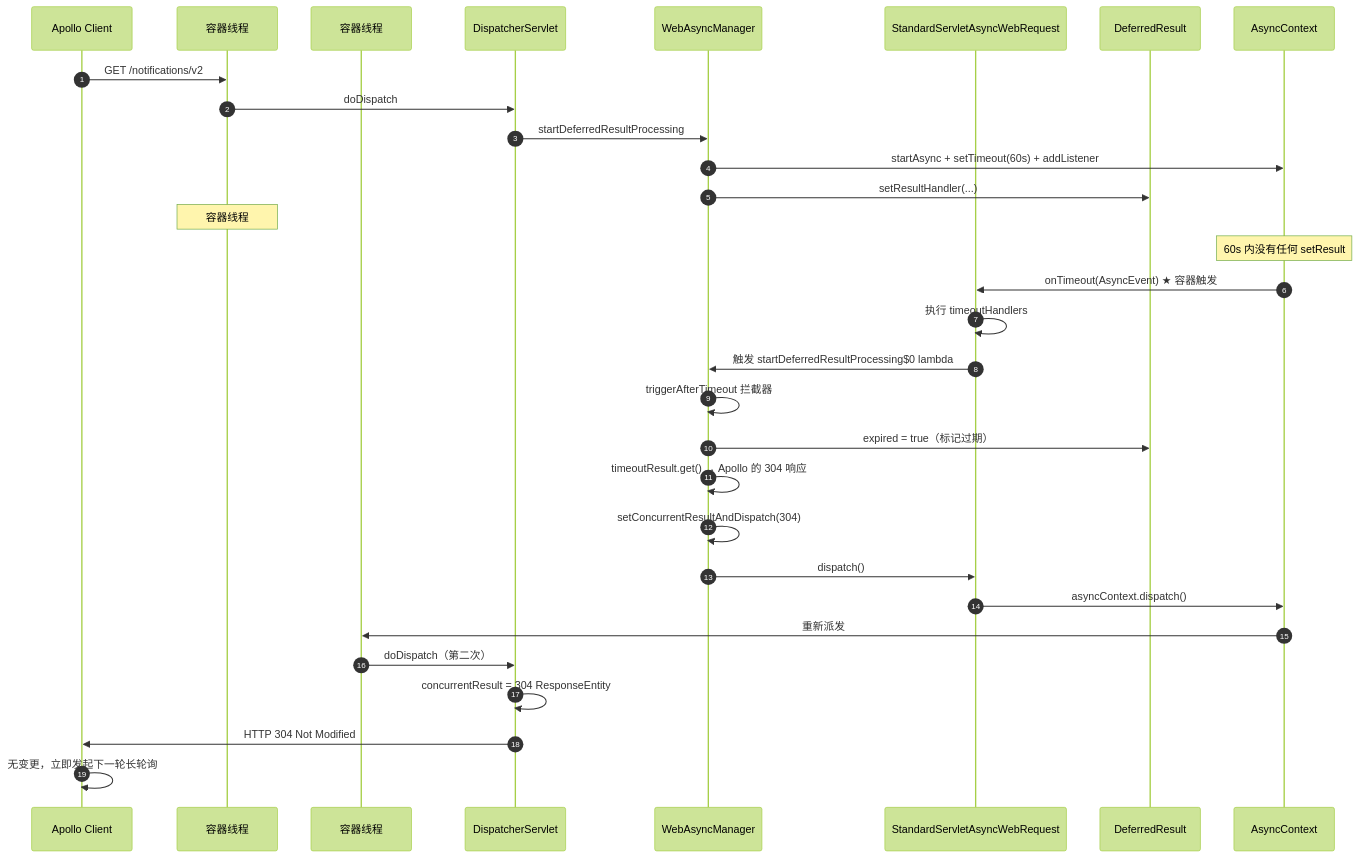
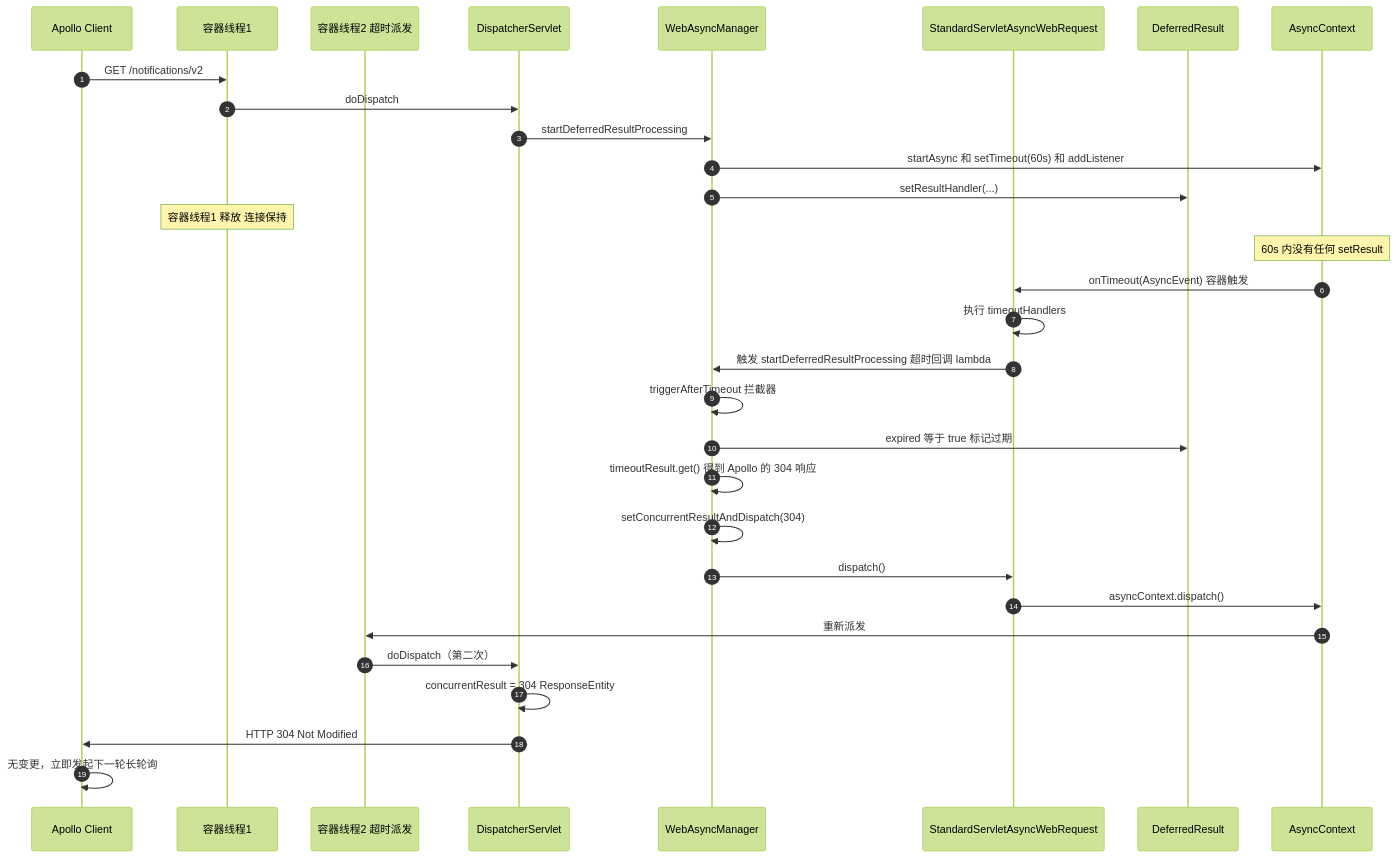
One commit to wenbin-usr/apollo changed the seventh of 11 diagrams in DeferredResult实现原理深度分析.md. Above: the diagram before and after it, drawn with Mermaid (forest theme). The commit also changed other lines of this file, not shown here.

````diff
--- a/DeferredResult实现原理深度分析.md
+++ b/DeferredResult实现原理深度分析.md
@@ -821,36 +821,36 @@
 ```mermaid
 sequenceDiagram
     autonumber
     participant Client as Apollo Client
-    participant T1 as 容器线程 #1
-    participant T2 as 容器线程 #2(超时派发)
+    participant T1 as 容器线程1
+    participant T2 as 容器线程2 超时派发
     participant DS as DispatcherServlet
     participant WAM as WebAsyncManager
     participant ASWR as StandardServletAsyncWebRequest
     participant DR as DeferredResult
     participant Ctx as AsyncContext
 
     Client->>T1: GET /notifications/v2
     T1->>DS: doDispatch
     DS->>WAM: startDeferredResultProcessing
-    WAM->>Ctx: startAsync + setTimeout(60s) + addListener
+    WAM->>Ctx: startAsync 和 setTimeout(60s) 和 addListener
     WAM->>DR: setResultHandler(...)
-    Note over T1: 容器线程 #1 释放，连接保持
+    Note over T1: 容器线程1 释放 连接保持
 
     Note over Ctx: 60s 内没有任何 setResult
-    Ctx->>ASWR: onTimeout(AsyncEvent) ★ 容器触发
+    Ctx->>ASWR: onTimeout(AsyncEvent) 容器触发
     ASWR->>ASWR: 执行 timeoutHandlers
-    ASWR->>WAM: 触发 startDeferredResultProcessing$0 lambda
+    ASWR->>WAM: 触发 startDeferredResultProcessing 超时回调 lambda
     WAM->>WAM: triggerAfterTimeout 拦截器
-    WAM->>DR: expired = true（标记过期）
-    WAM->>WAM: timeoutResult.get() → Apollo 的 304 响应
+    WAM->>DR: expired 等于 true 标记过期
+    WAM->>WAM: timeoutResult.get() 得到 Apollo 的 304 响应
     WAM->>WAM: setConcurrentResultAndDispatch(304)
     WAM->>ASWR: dispatch()
     ASWR->>Ctx: asyncContext.dispatch()
 
     Ctx->>T2: 重新派发
     T2->>DS: doDispatch（第二次）
     DS->>DS: concurrentResult = 304 ResponseEntity
     DS->>Client: HTTP 304 Not Modified
     Client->>Client: 无变更，立即发起下一轮长轮询
 ```
````
